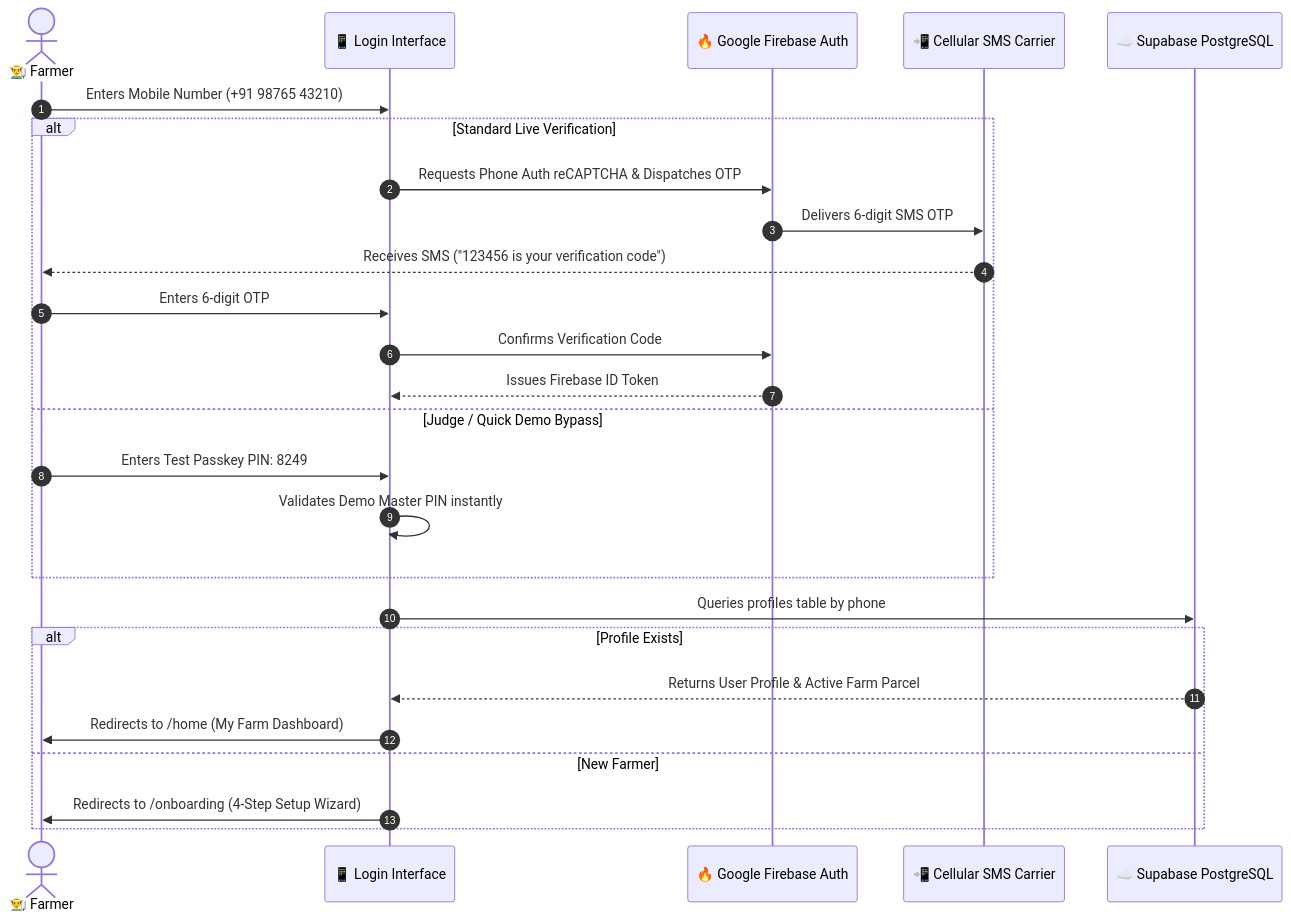
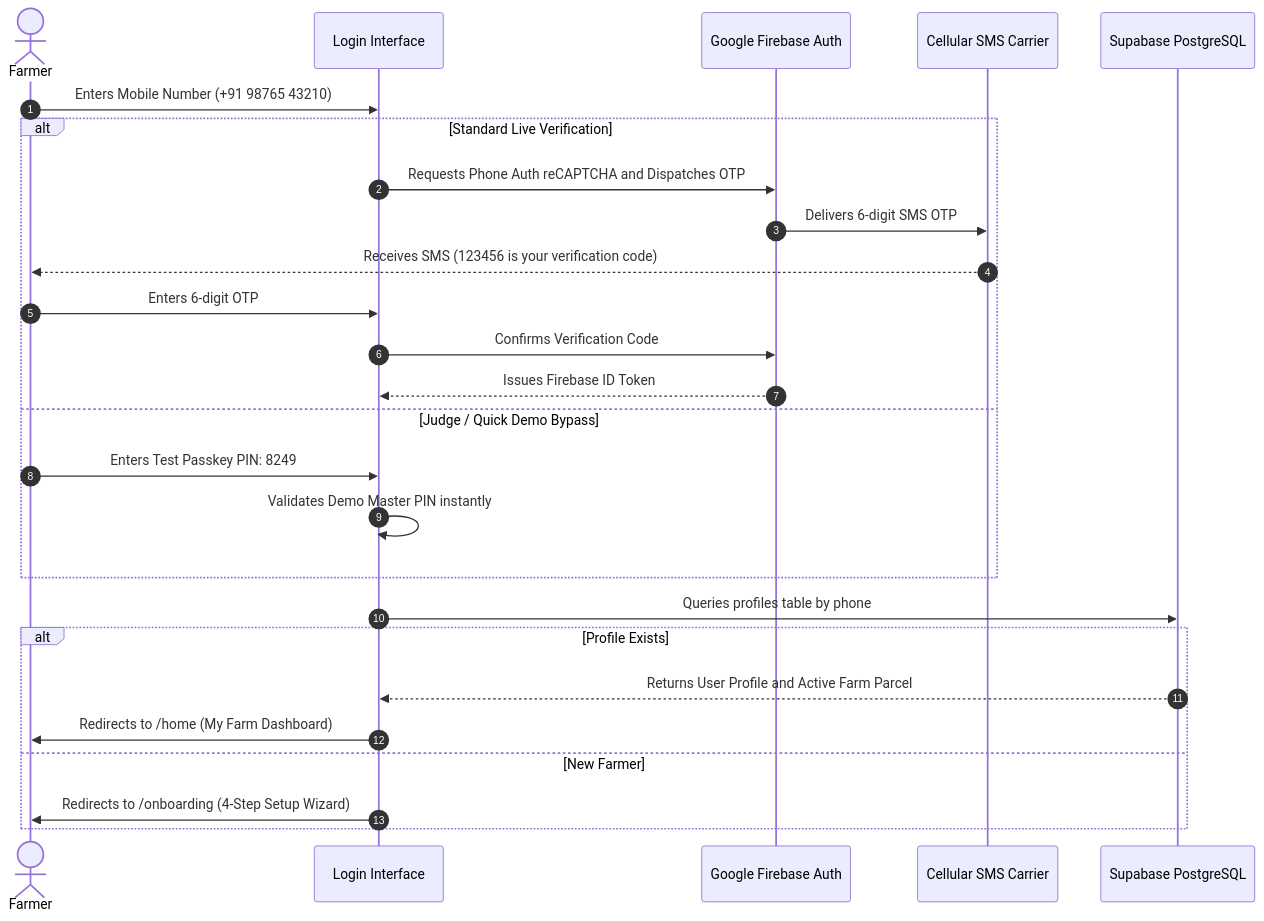
The third of 6 diagrams in APP_STRUCTURE.md (Xcoder-69/HACKFORGE), drawn with Mermaid before and after one commit. The commit also changed other lines of this file and 3 other files, not shown here.

````diff
--- a/APP_STRUCTURE.md
+++ b/APP_STRUCTURE.md
@@ -151,31 +151,31 @@
 ```mermaid
 sequenceDiagram
     autonumber
-    actor Farmer as 👨‍🌾 Farmer
-    participant UI as 📱 Login Interface
-    participant FB as 🔥 Google Firebase Auth
-    participant SMS as 📲 Cellular SMS Carrier
-    participant DB as ☁️ Supabase PostgreSQL
+    actor Farmer as Farmer
+    participant UI as Login Interface
+    participant FB as Google Firebase Auth
+    participant SMS as Cellular SMS Carrier
+    participant DB as Supabase PostgreSQL
 
     Farmer->>UI: Enters Mobile Number (+91 98765 43210)
     
     alt Standard Live Verification
-        UI->>FB: Requests Phone Auth reCAPTCHA & Dispatches OTP
+        UI->>FB: Requests Phone Auth reCAPTCHA and Dispatches OTP
         FB->>SMS: Delivers 6-digit SMS OTP
-        SMS-->>Farmer: Receives SMS ("123456 is your verification code")
+        SMS-->>Farmer: Receives SMS (123456 is your verification code)
         Farmer->>UI: Enters 6-digit OTP
         UI->>FB: Confirms Verification Code
         FB-->>UI: Issues Firebase ID Token
     else Judge / Quick Demo Bypass
         Farmer->>UI: Enters Test Passkey PIN: 8249
         UI->>UI: Validates Demo Master PIN instantly
     end
 
     UI->>DB: Queries profiles table by phone
     alt Profile Exists
-        DB-->>UI: Returns User Profile & Active Farm Parcel
+        DB-->>UI: Returns User Profile and Active Farm Parcel
         UI->>Farmer: Redirects to /home (My Farm Dashboard)
     else New Farmer
         UI->>Farmer: Redirects to /onboarding (4-Step Setup Wizard)
     end
 ```
````
